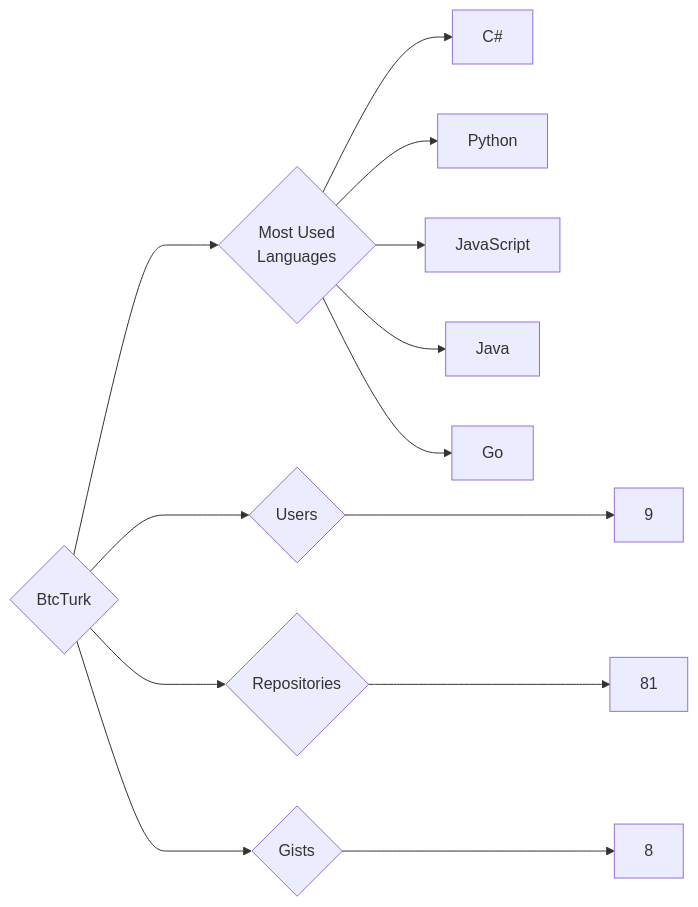
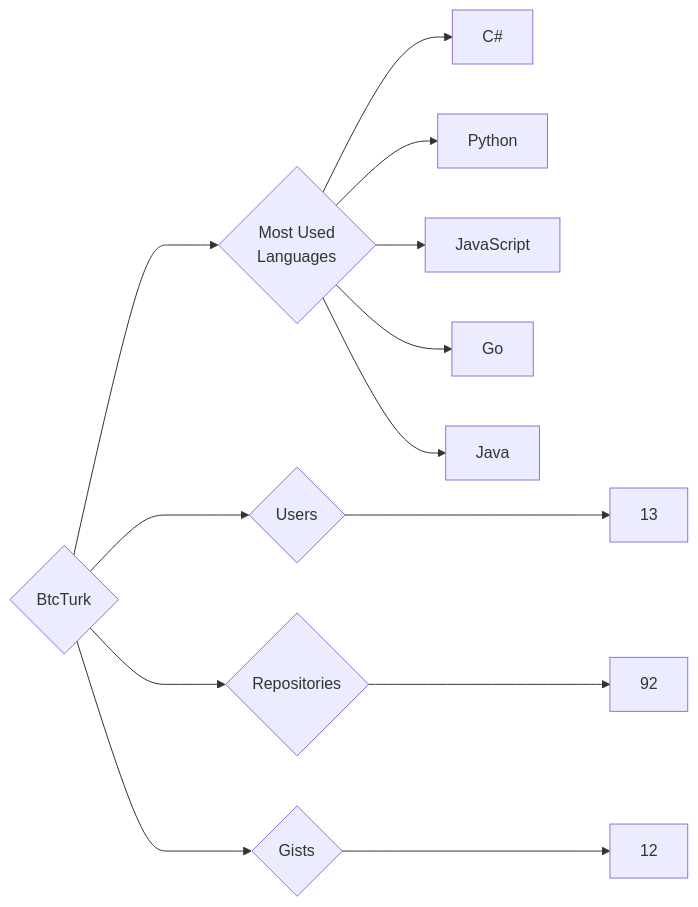
Before and after one commit to trickest/insiders: the diagram in targets/BtcTurk/README.md, drawn with Mermaid. The commit also changed 912 other files, not shown here.

````diff
--- a/targets/BtcTurk/README.md
+++ b/targets/BtcTurk/README.md
@@ -3,13 +3,13 @@
 ```mermaid
 graph LR
 COMPANY_NAME{BtcTurk}
-COMPANY_NAME ---> U{Users} ---> UN[9]
-COMPANY_NAME ---> R{Repositories} ---> RN[81]
-COMPANY_NAME ---> G{Gists} ---> GN[8]
+COMPANY_NAME ---> U{Users} ---> UN[13]
+COMPANY_NAME ---> R{Repositories} ---> RN[92]
+COMPANY_NAME ---> G{Gists} ---> GN[12]
 COMPANY_NAME ---> ML{Most Used<br>Languages}
 ML --> C#[C#]
 ML --> Python[Python]
 ML --> JavaScript[JavaScript]
+ML --> Go[Go]
 ML --> Java[Java]
-ML --> Go[Go]
 ```
````
